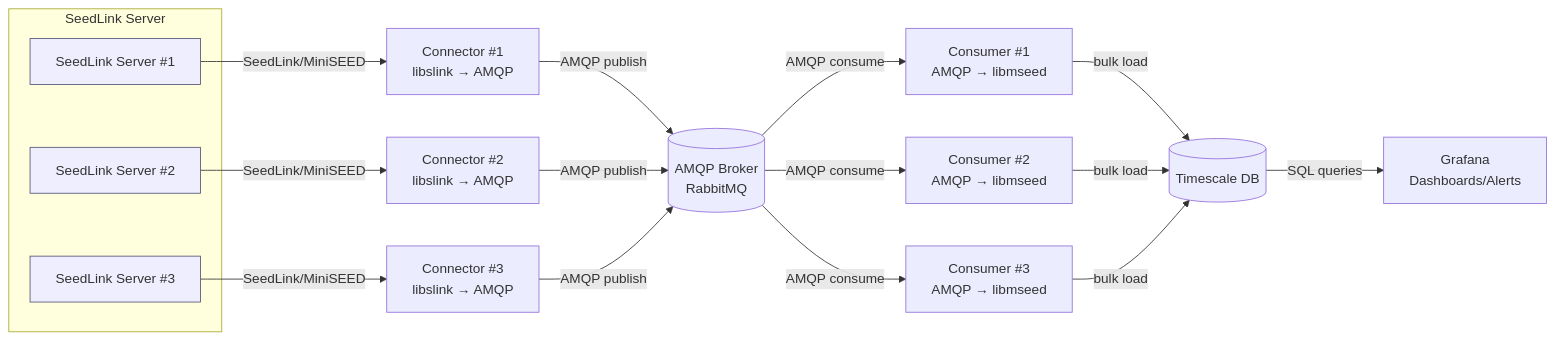
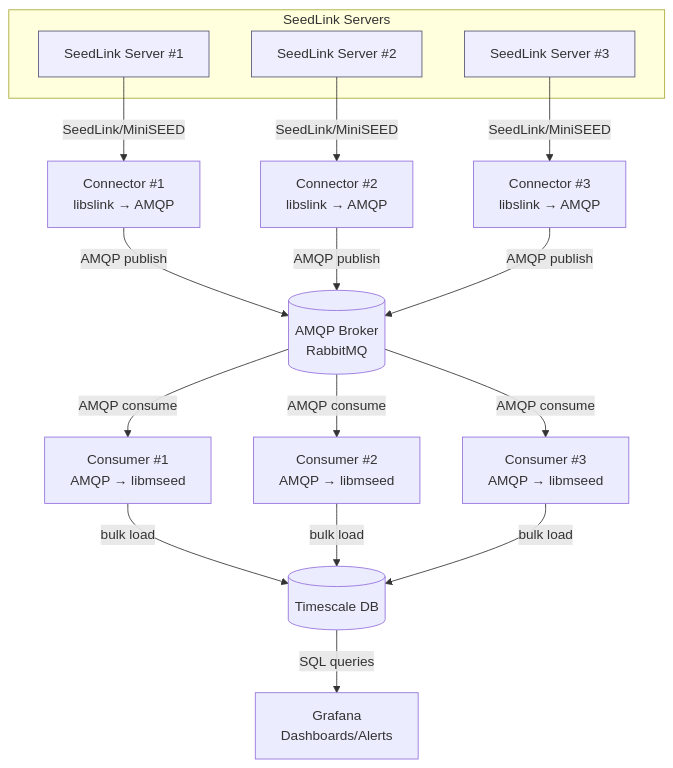
Before and after one commit to timkomate/seisstream: the diagram in README.md, drawn with Mermaid. The commit also changed other lines of this file, not shown here.

Commit message:
Fix the architectural diagram
I made the diagram Top to Bottom so it can be seen
better

````diff
--- a/README.md
+++ b/README.md
@@ -6,32 +6,28 @@
 ```mermaid
-flowchart LR
-  subgraph SeedLink Server
+flowchart TB
+  subgraph SeedLink Servers
     SL1[SeedLink Server #1]:::src
     SL2[SeedLink Server #2]:::src
     SL3[SeedLink Server #3]:::src
   end
 
-  SL1 -->|SeedLink/MiniSEED| CON1[Connector #1
-  libslink → AMQP]
-  SL2 -->|SeedLink/MiniSEED| CON2[Connector #2
-  libslink → AMQP]
-  SL3 -->|SeedLink/MiniSEED| CON3[Connector #3
-  libslink → AMQP]
+  SL1 -->|SeedLink/MiniSEED| CON1[Connector #1<br/>libslink → AMQP]
+  SL2 -->|SeedLink/MiniSEED| CON2[Connector #2<br/>libslink → AMQP]
+  SL3 -->|SeedLink/MiniSEED| CON3[Connector #3<br/>libslink → AMQP]
 
-  CON1 -->|AMQP publish| MQ[(AMQP Broker\nRabbitMQ)]
+  CON1 -->|AMQP publish| MQ[(AMQP Broker<br/>RabbitMQ)]
   CON2 -->|AMQP publish| MQ
   CON3 -->|AMQP publish| MQ
 
-  MQ -->|AMQP consume| CNS1[Consumer #1\nAMQP → libmseed]
-  MQ -->|AMQP consume| CNS2[Consumer #2\nAMQP → libmseed]
-  MQ -->|AMQP consume| CNS3[Consumer #3\nAMQP → libmseed]
+  MQ -->|AMQP consume| CNS1[Consumer #1<br/>AMQP → libmseed]
+  MQ -->|AMQP consume| CNS2[Consumer #2<br/>AMQP → libmseed]
+  MQ -->|AMQP consume| CNS3[Consumer #3<br/>AMQP → libmseed]
 
   CNS1 -->|bulk load| PG[(Timescale DB)]
   CNS2 -->|bulk load| PG
   CNS3 -->|bulk load| PG
 
-  PG -->|SQL queries| GRAF[Grafana
-  Dashboards/Alerts]
+  PG -->|SQL queries| GRAF[Grafana<br/>Dashboards/Alerts]
 
   classDef src fill:#eef,stroke:#557;
 ```
````
